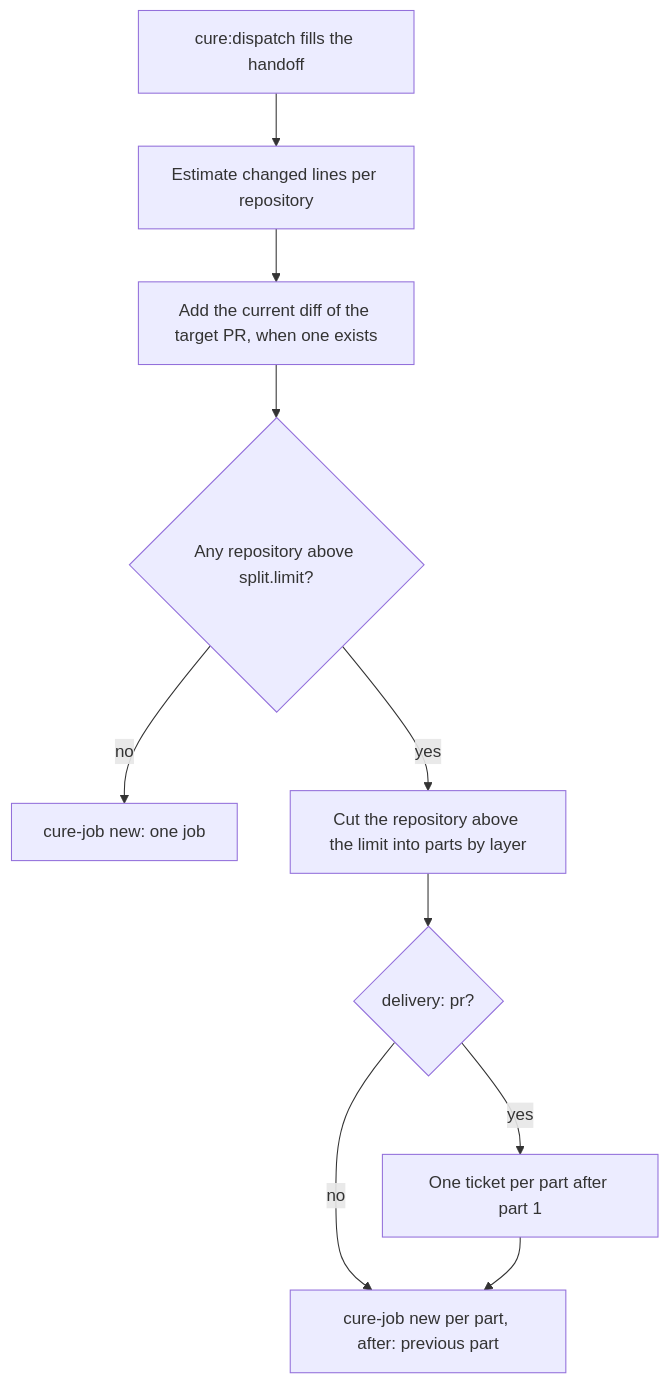
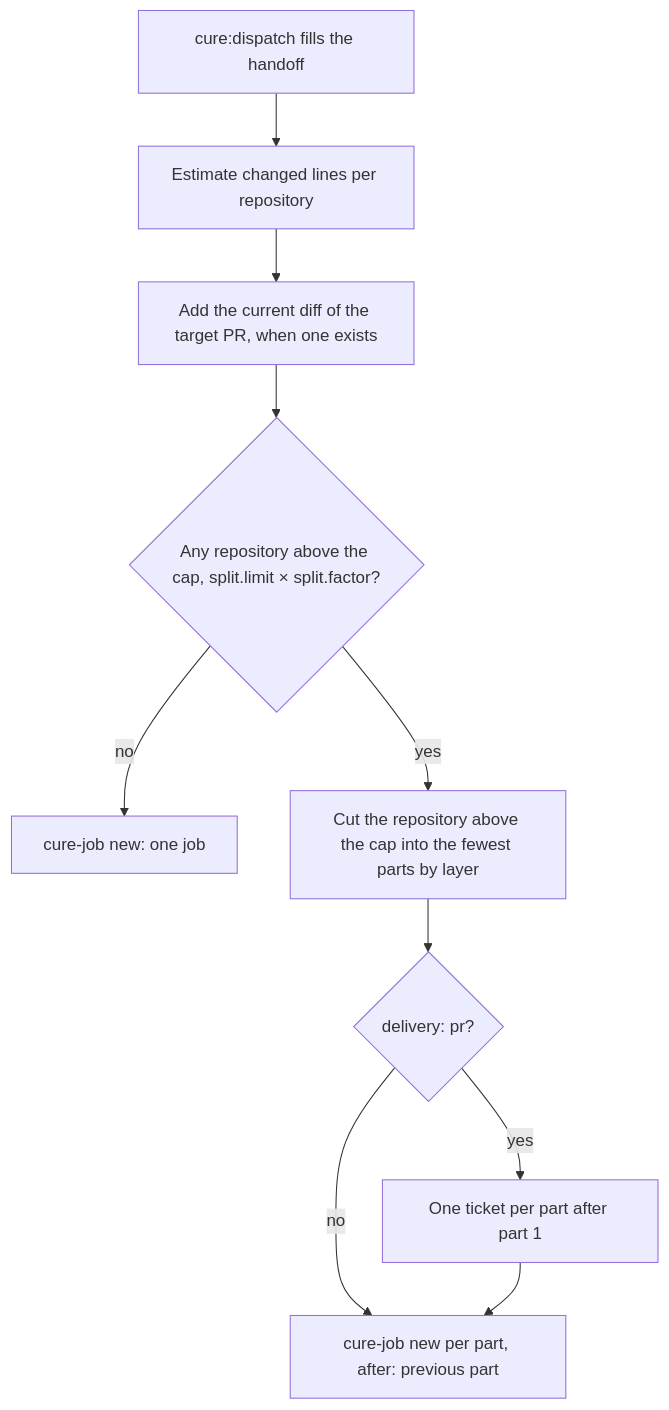
Before and after one commit to zagrichanskiy/claude-plugins: the third of 3 diagrams in docs/dispatcher-resource-scheduling.md, drawn with Mermaid. The commit also changed other lines of this file and 10 other files, not shown here.

Commit message:
Group features up to split.limit times split.factor and split only above that cap

````diff
--- a/docs/dispatcher-resource-scheduling.md
+++ b/docs/dispatcher-resource-scheduling.md
@@ -140,12 +140,12 @@
 ```mermaid
 flowchart TD
     A[cure:dispatch fills the handoff] --> B[Estimate changed lines per repository]
     B --> B2[Add the current diff of the target PR, when one exists]
-    B2 --> C{Any repository above split.limit?}
+    B2 --> C{Any repository above the cap, split.limit × split.factor?}
     C -- no --> D[cure-job new: one job]
-    C -- yes --> E[Cut the repository above the limit into parts by layer]
+    C -- yes --> E[Cut the repository above the cap into the fewest parts by layer]
     E --> G{delivery: pr?}
     G -- yes --> H[One ticket per part after part 1]
     G -- no --> I[cure-job new per part, after: previous part]
     H --> I
 ```
````
